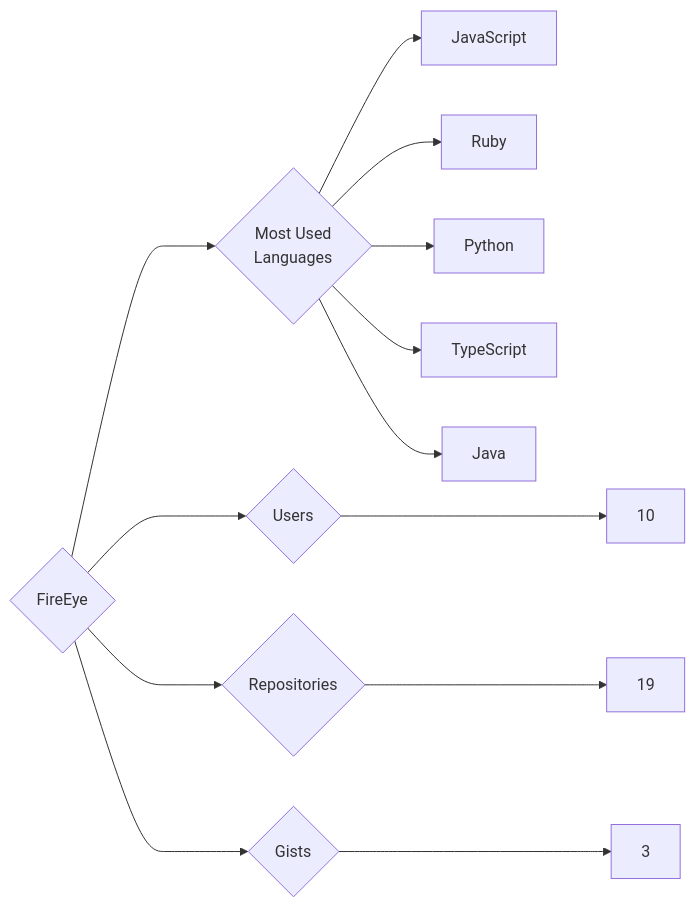
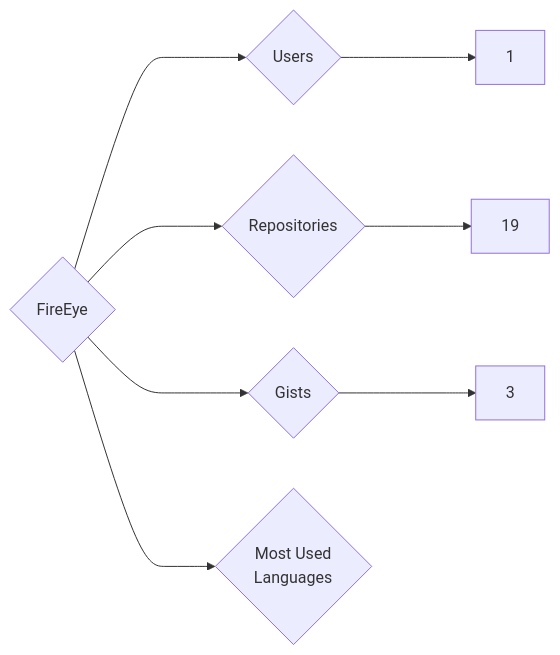
The diagram in targets/FireEye/README.md (trickest/insiders), drawn with Mermaid before and after one commit. The commit also changed 783 other files, not shown here.

````diff
--- a/targets/FireEye/README.md
+++ b/targets/FireEye/README.md
@@ -3,13 +3,8 @@
 ```mermaid
 graph LR
 COMPANY_NAME{FireEye}
-COMPANY_NAME ---> U{Users} ---> UN[10]
+COMPANY_NAME ---> U{Users} ---> UN[1]
 COMPANY_NAME ---> R{Repositories} ---> RN[19]
 COMPANY_NAME ---> G{Gists} ---> GN[3]
 COMPANY_NAME ---> ML{Most Used<br>Languages}
-ML --> JavaScript[JavaScript]
-ML --> Ruby[Ruby]
-ML --> Python[Python]
-ML --> TypeScript[TypeScript]
-ML --> Java[Java]
 ```
````
